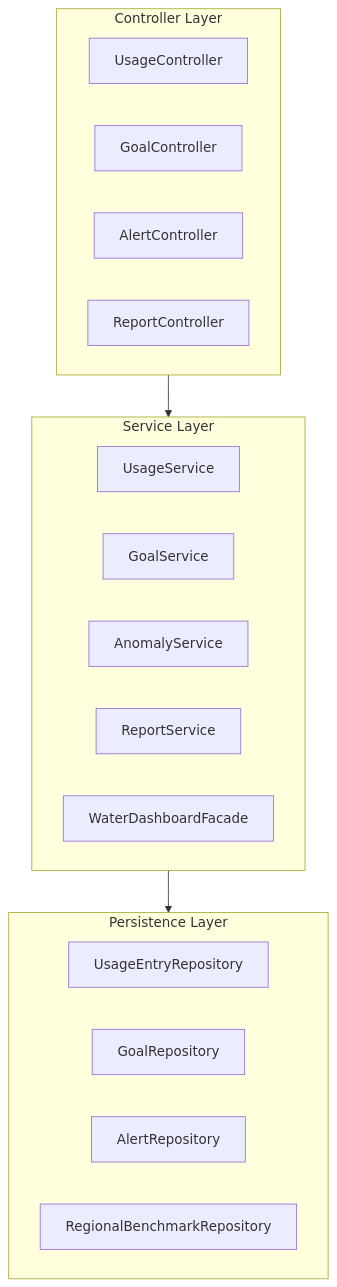
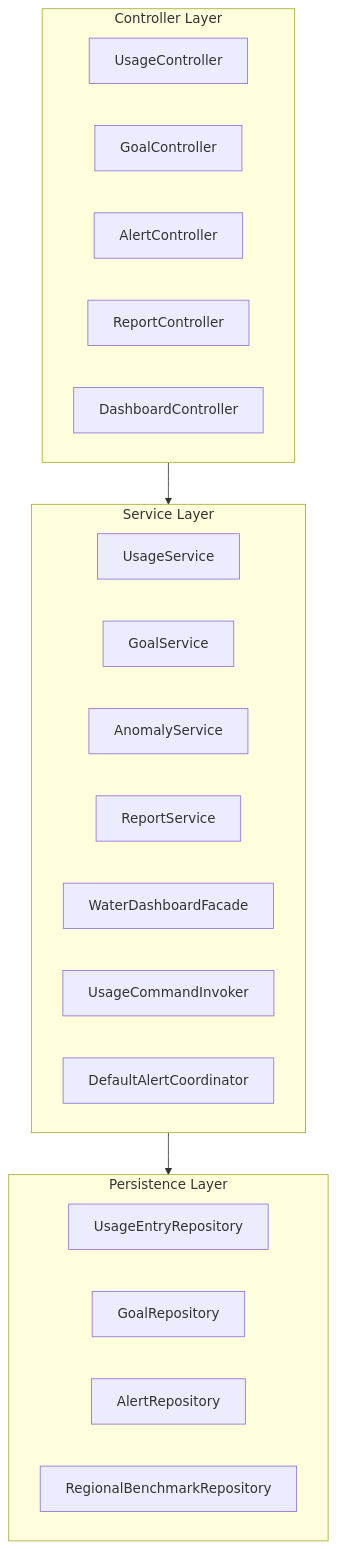
One commit to ced-kwong29/design-patterns changed the first of 33 diagrams in README.md. Above: the diagram before and after it, drawn with Mermaid. The commit also changed other lines of this file and 19 other files, not shown here.

````diff
--- a/README.md
+++ b/README.md
@@ -20,27 +20,30 @@
 ```mermaid
 graph TD
     subgraph Controller["Controller Layer"]
         UC[UsageController]
         GC[GoalController]
         AC[AlertController]
         RC[ReportController]
+        DC[DashboardController]
     end
 
     subgraph Service["Service Layer"]
         US[UsageService]
         GS[GoalService]
         AS[AnomalyService]
         RS[ReportService]
         WDF[WaterDashboardFacade]
+        UCI[UsageCommandInvoker]
+        DAC[DefaultAlertCoordinator]
     end
 
     subgraph Persistence["Persistence Layer"]
         UER[UsageEntryRepository]
         GR[GoalRepository]
         AR[AlertRepository]
         RBR[RegionalBenchmarkRepository]
     end
 
     Controller --> Service
     Service --> Persistence
 ```
````
